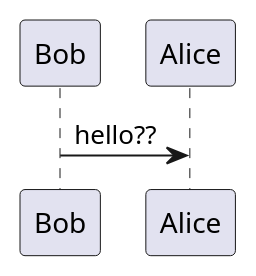
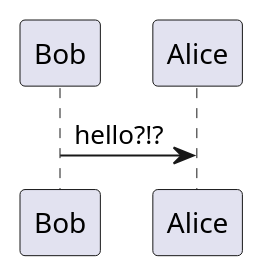
The diagram in input/images-source/startstate.puml (SanteonNL/shared-care-planning), drawn with PlantUML before and after one commit. The commit also changed 1 other file, not shown here.

Commit message:
plantuml op github

```diff
--- a/input/images-source/startstate.puml
+++ b/input/images-source/startstate.puml
@@ -1,3 +1,3 @@
 @startuml startstate
-Bob -> Alice : hello??
+Bob -> Alice : hello?!?
 @enduml
```
